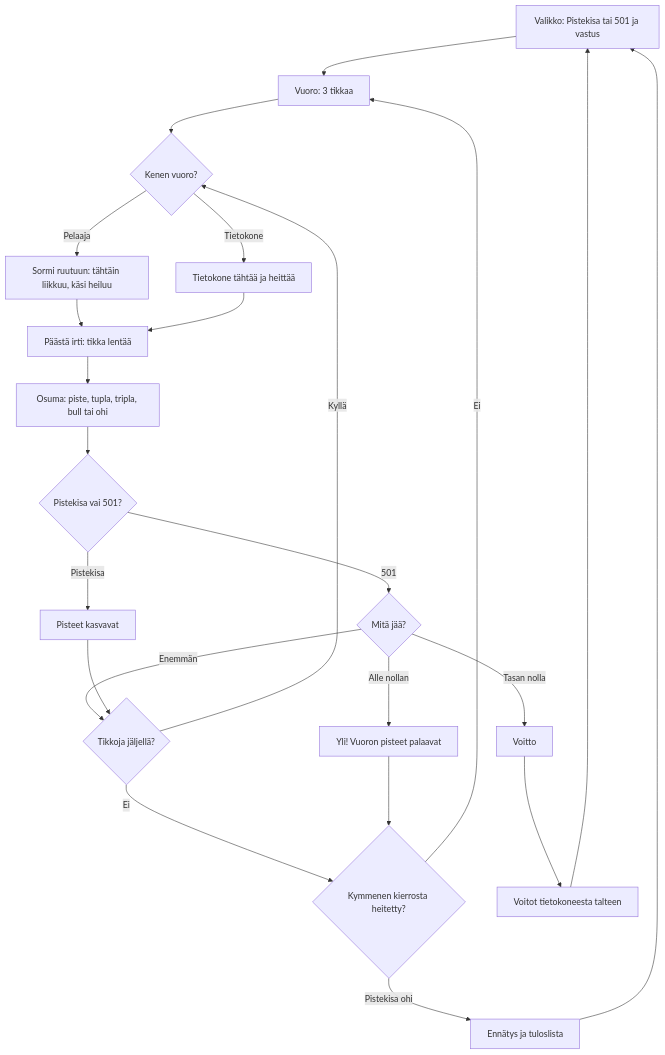
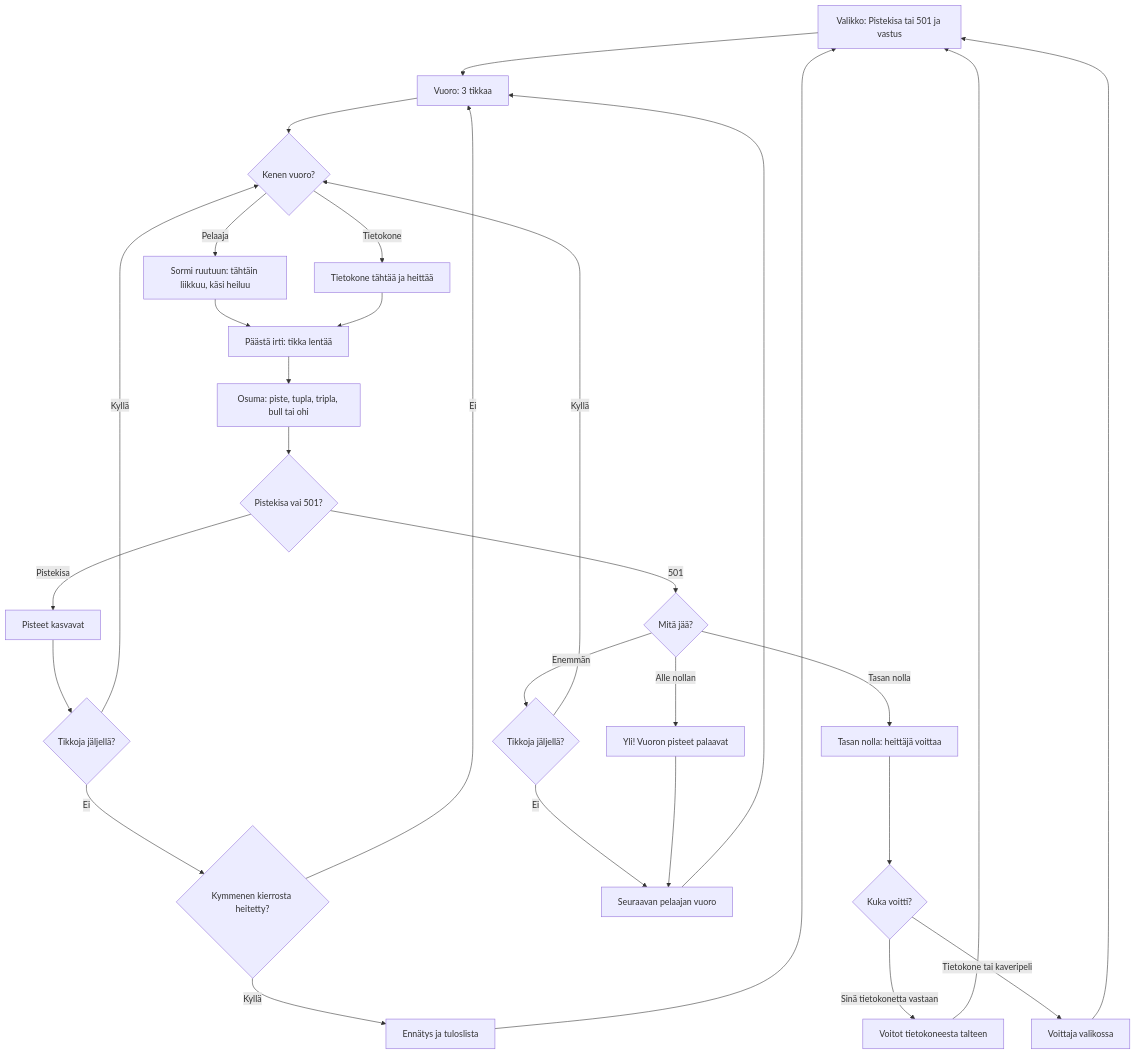
One commit to eerovil/ai-pelit changed the diagram in docs/diagrams/tikanheitto.md. Above: the diagram before and after it, drawn with Mermaid. The commit also changed other lines of this file and 2 other files, not shown here.

Commit message:
Tikanheitto: this turn's darts on their own panel row, diagram branches by mode (#118)
Review fixes: in the 360 px upright 501 cards the turn's darts drew on the
score's line; each now has its own row, with a test that no panel text
overlaps another at 360 x 740 and 740 x 360. The diagram splits the
Pistekisa and 501 ends and who the win is counted for.

````diff
--- a/docs/diagrams/tikanheitto.md
+++ b/docs/diagrams/tikanheitto.md
@@ -8,31 +8,37 @@
 ```mermaid
 flowchart TD
   A[Valikko: Pistekisa tai 501 ja vastus] --> B[Vuoro: 3 tikkaa]
   B --> C{Kenen vuoro?}
   C -- Pelaaja --> D[Sormi ruutuun: tähtäin liikkuu, käsi heiluu]
   C -- Tietokone --> E[Tietokone tähtää ja heittää]
   D --> F[Päästä irti: tikka lentää]
   E --> F
   F --> G[Osuma: piste, tupla, tripla, bull tai ohi]
   G --> H{Pistekisa vai 501?}
   H -- Pistekisa --> I[Pisteet kasvavat]
+  I --> M{Tikkoja jäljellä?}
+  M -- Kyllä --> C
+  M -- Ei --> N{Kymmenen kierrosta heitetty?}
+  N -- Ei --> B
+  N -- Kyllä --> O[Ennätys ja tuloslista]
   H -- 501 --> J{Mitä jää?}
   J -- Alle nollan --> K[Yli! Vuoron pisteet palaavat]
-  J -- Tasan nolla --> L[Voitto]
-  J -- Enemmän --> M{Tikkoja jäljellä?}
-  I --> M
-  M -- Kyllä --> C
-  M -- Ei --> N{Kymmenen kierrosta heitetty?}
-  K --> N
-  N -- Ei --> B
-  N -- Pistekisa ohi --> O[Ennätys ja tuloslista]
-  L --> P[Voitot tietokoneesta talteen]
+  J -- Enemmän --> Q{Tikkoja jäljellä?}
+  Q -- Kyllä --> C
+  Q -- Ei --> V[Seuraavan pelaajan vuoro]
+  K --> V
+  V --> B
+  J -- Tasan nolla --> L[Tasan nolla: heittäjä voittaa]
+  L --> W{Kuka voitti?}
+  W -- Sinä tietokonetta vastaan --> P[Voitot tietokoneesta talteen]
+  W -- Tietokone tai kaveripeli --> X[Voittaja valikossa]
   O --> A
   P --> A
-  class A,B,D,F blue
+  X --> A
+  class A,B,D,F,V blue
   class E violet
-  class C,H,J,M,N amber
+  class C,H,J,M,N,Q,W amber
   class G,I teal
   class K rose
-  class L,O,P green
+  class L,O,P,X green
 ```
````
